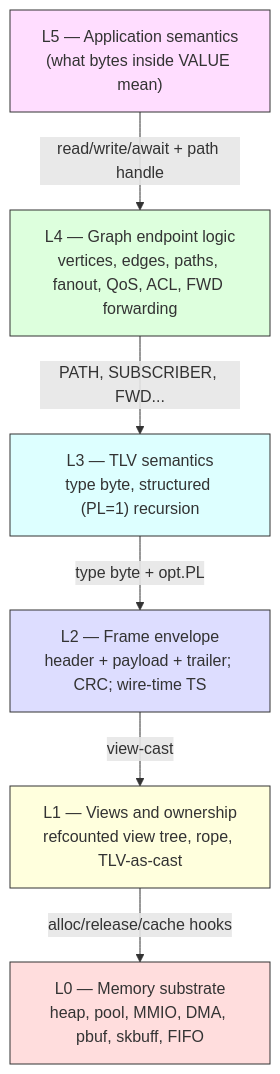
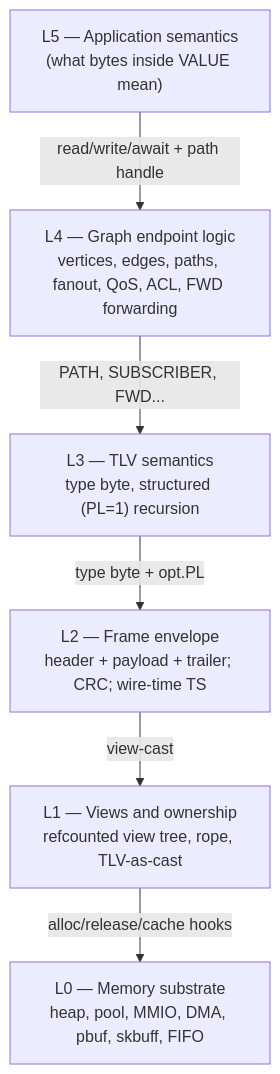
Before and after one commit to avatarsd-llc/libtracer: the first of 2 diagrams in docs/reference/00-overview.md, drawn with Mermaid. The commit also changed other lines of this file and 32 other files, not shown here.

First line of the commit message:
docs: every diagram on the shared vocabulary, with alt text (#2373)

````diff
--- a/docs/reference/00-overview.md
+++ b/docs/reference/00-overview.md
@@ -87,28 +87,22 @@
 ```mermaid
 flowchart TB
+    accTitle: The six layers, L5 to L0
+    accDescr: L5 application semantics calls read, write and await with a path handle on L4, the graph endpoint logic. L4 uses the TLV semantics of L3 (PATH, SUBSCRIBER, FWD). L3 rests on the type byte and opt.PL of the L2 frame envelope. L2 is a view-cast of L1, the views and ownership layer, which allocates, releases and cache-hooks through L0, the memory substrate.
   L5["L5 — Application semantics<br/>(what bytes inside VALUE mean)"]
   L4["L4 — Graph endpoint logic<br/>vertices, edges, paths, fanout, QoS, ACL, FWD forwarding"]
   L3["L3 — TLV semantics<br/>type byte, structured (PL=1) recursion"]
   L2["L2 — Frame envelope<br/>header + payload + trailer; CRC; wire-time TS"]
   L1["L1 — Views and ownership<br/>refcounted view tree, rope, TLV-as-cast"]
   L0["L0 — Memory substrate<br/>heap, pool, MMIO, DMA, pbuf, skbuff, FIFO"]
 
   L5 -->|read/write/await + path handle| L4
   L4 -->|PATH, SUBSCRIBER, FWD...| L3
   L3 -->|type byte + opt.PL| L2
   L2 -->|view-cast| L1
   L1 -->|alloc/release/cache hooks| L0
 
-  classDef applic fill:#fdf,stroke:#333
-  classDef graphl fill:#dfd,stroke:#333
-  classDef tlv    fill:#dff,stroke:#333
-  classDef wire   fill:#ddf,stroke:#333
-  classDef view   fill:#ffd,stroke:#333
-  classDef mem    fill:#fdd,stroke:#333
-  class L5 applic
-  class L4 graphl
-  class L3 tlv
-  class L2 wire
-  class L1 view
-  class L0 mem
+  class L5 app
+  class L4 vertex
+  class L3 record
+  class L2 frame
 ```
````
